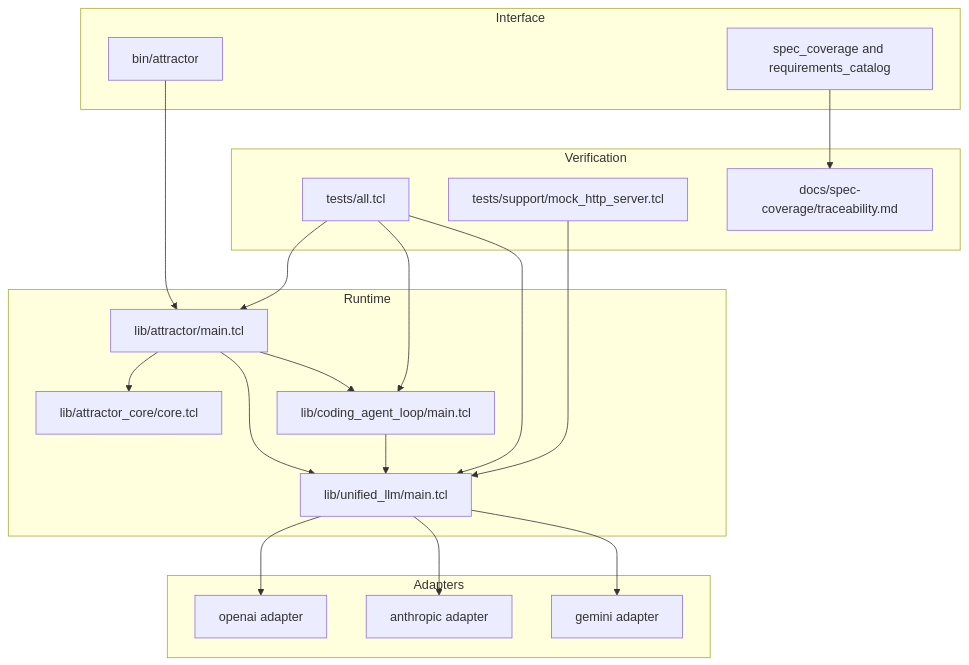
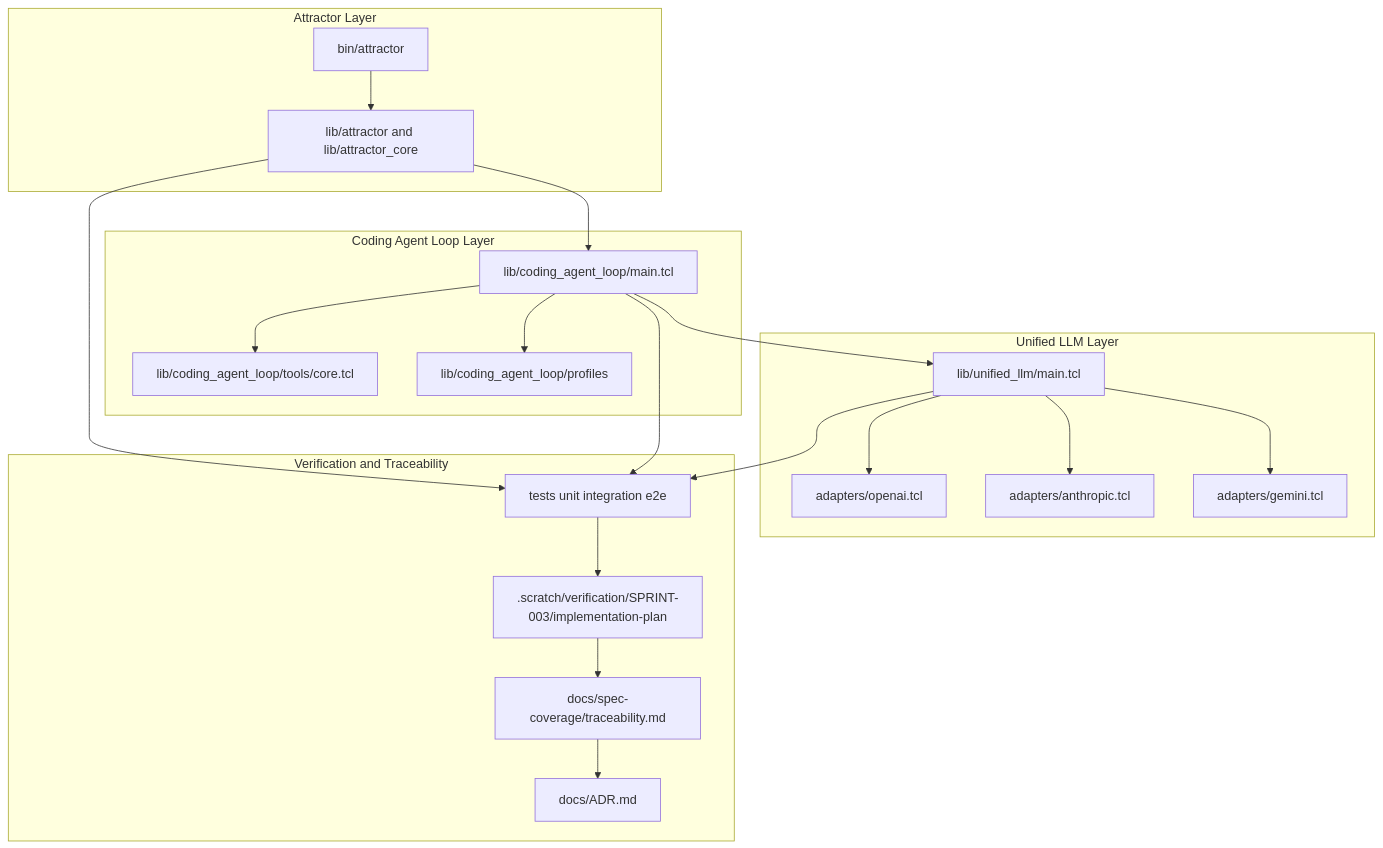
One commit to jaytaylor/attractor-tcl changed the fifth of 5 diagrams in docs/sprints/SPRINT-003-comprehensive-implementation-plan.md. Above: the diagram before and after it, drawn with Mermaid. The commit also changed other lines of this file, not shown here.

Commit message:
docs(sprint-003): mark implementation plan complete with verified evidence

````diff
--- a/docs/sprints/SPRINT-003-comprehensive-implementation-plan.md
+++ b/docs/sprints/SPRINT-003-comprehensive-implementation-plan.md
@@ -1216,36 +1143,43 @@
 ```mermaid
 flowchart TB
-  subgraph Interface
-    CLI[bin/attractor]
-    TOOLS[spec_coverage and requirements_catalog]
-  end
-  subgraph Runtime
-    ATR[lib/attractor/main.tcl]
-    CORE[lib/attractor_core/core.tcl]
-    CAL[lib/coding_agent_loop/main.tcl]
-    ULLM[lib/unified_llm/main.tcl]
-  end
-  subgraph Adapters
-    OA[openai adapter]
-    AN[anthropic adapter]
-    GM[gemini adapter]
-  end
-  subgraph Verification
-    TEST[tests/all.tcl]
-    MOCK[tests/support/mock_http_server.tcl]
-    TRACEFILE[docs/spec-coverage/traceability.md]
-  end
-  CLI --> ATR
-  ATR --> CORE
-  ATR --> CAL
-  ATR --> ULLM
-  CAL --> ULLM
-  ULLM --> OA
-  ULLM --> AN
-  ULLM --> GM
-  TEST --> ATR
-  TEST --> CAL
-  TEST --> ULLM
-  MOCK --> ULLM
-  TOOLS --> TRACEFILE
+    subgraph ATR[Attractor Layer]
+      ATRCLI[bin/attractor]
+      ATRRT[lib/attractor and lib/attractor_core]
+    end
+
+    subgraph CAL[Coding Agent Loop Layer]
+      CALMAIN[lib/coding_agent_loop/main.tcl]
+      CALTOOLS[lib/coding_agent_loop/tools/core.tcl]
+      CALPROF[lib/coding_agent_loop/profiles]
+    end
+
+    subgraph ULLM[Unified LLM Layer]
+      UMAIN[lib/unified_llm/main.tcl]
+      UOPENAI[adapters/openai.tcl]
+      UANTH[adapters/anthropic.tcl]
+      UGEM[adapters/gemini.tcl]
+    end
+
+    subgraph QA[Verification and Traceability]
+      TESTS[tests unit integration e2e]
+      TRACE[docs/spec-coverage/traceability.md]
+      ADR[docs/ADR.md]
+      EVIDENCE[.scratch/verification/SPRINT-003/implementation-plan]
+    end
+
+    ATRCLI --> ATRRT
+    ATRRT --> CALMAIN
+    CALMAIN --> CALTOOLS
+    CALMAIN --> CALPROF
+    CALMAIN --> UMAIN
+    UMAIN --> UOPENAI
+    UMAIN --> UANTH
+    UMAIN --> UGEM
+
+    ATRRT --> TESTS
+    CALMAIN --> TESTS
+    UMAIN --> TESTS
+    TESTS --> EVIDENCE
+    EVIDENCE --> TRACE
+    TRACE --> ADR
 ```
````
